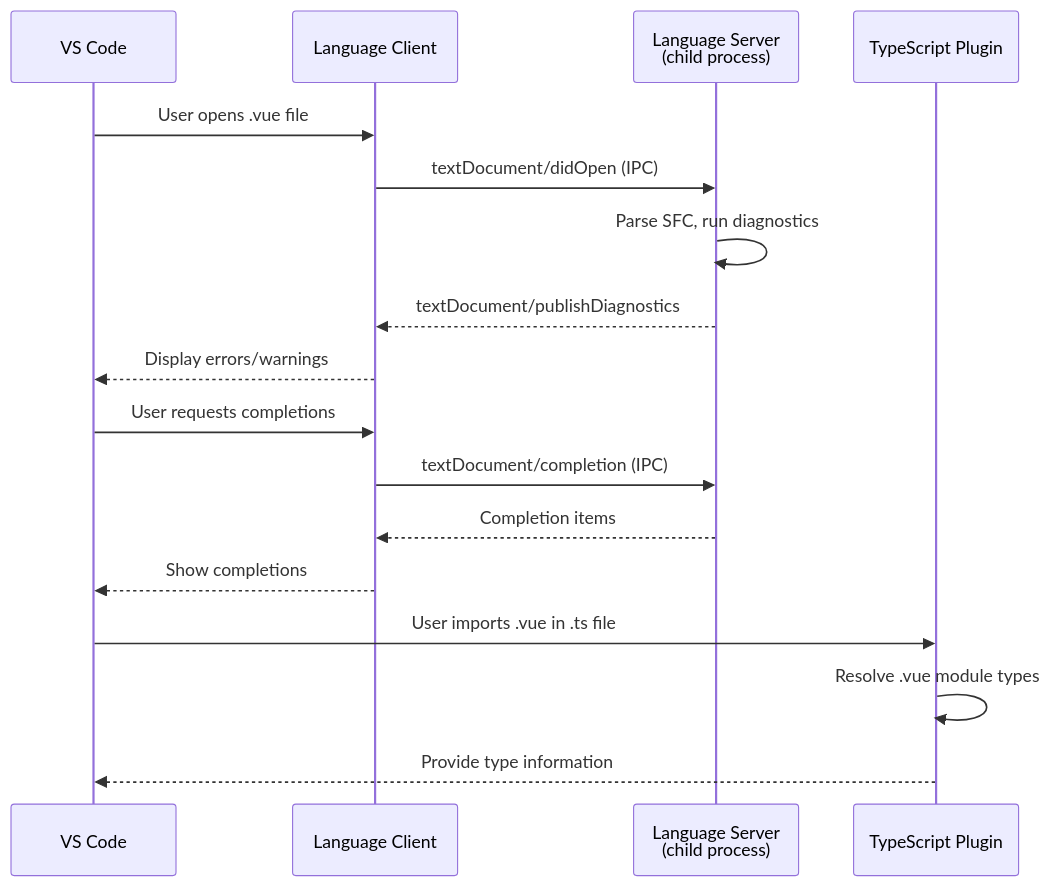
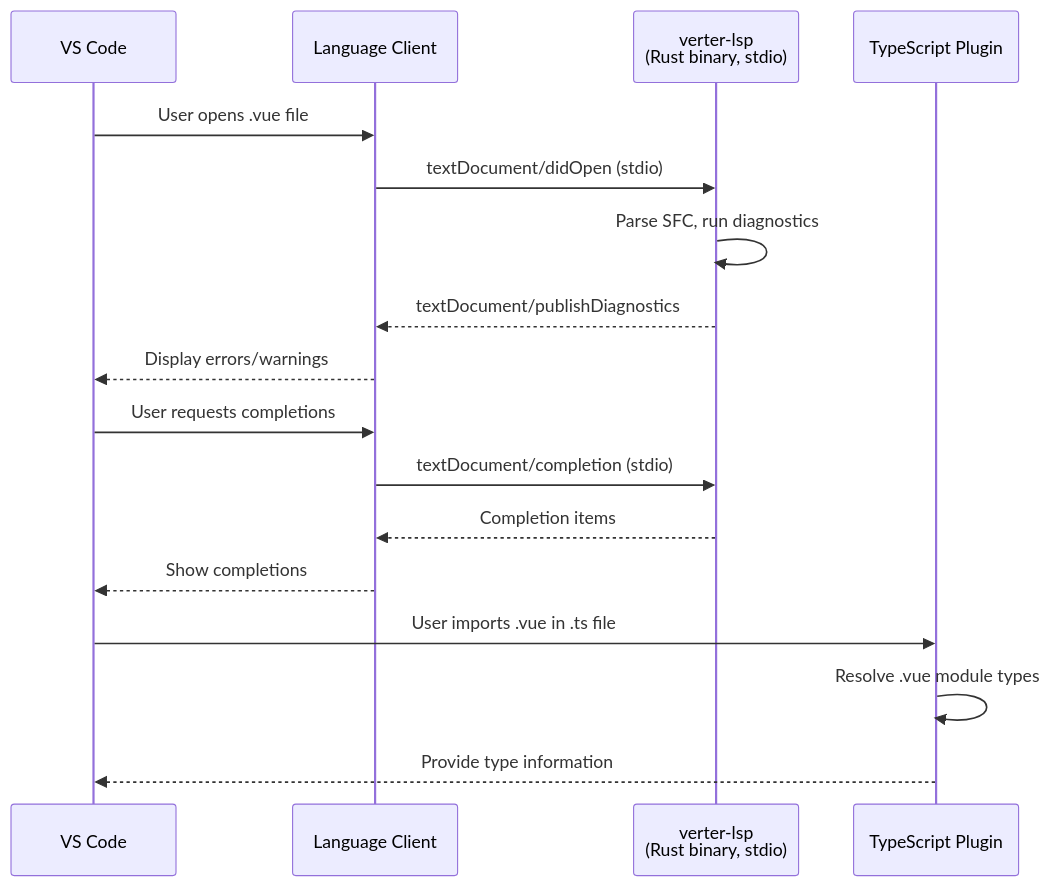
Before and after one commit to pikax/verter: the third of 3 diagrams in packages/vue-vscode/readme.md, drawn with Mermaid. The commit also changed other lines of this file and 569 other files, not shown here.

````diff
--- a/packages/vue-vscode/readme.md
+++ b/packages/vue-vscode/readme.md
@@ -101,22 +101,22 @@
 ```mermaid
 sequenceDiagram
     participant VSCode as VS Code
     participant Client as Language Client
-    participant Server as Language Server<br/>(child process)
+    participant Server as verter-lsp<br/>(Rust binary, stdio)
     participant TS as TypeScript Plugin
 
     VSCode->>Client: User opens .vue file
-    Client->>Server: textDocument/didOpen (IPC)
+    Client->>Server: textDocument/didOpen (stdio)
     Server->>Server: Parse SFC, run diagnostics
     Server-->>Client: textDocument/publishDiagnostics
     Client-->>VSCode: Display errors/warnings
 
     VSCode->>Client: User requests completions
-    Client->>Server: textDocument/completion (IPC)
+    Client->>Server: textDocument/completion (stdio)
     Server-->>Client: Completion items
     Client-->>VSCode: Show completions
 
     VSCode->>TS: User imports .vue in .ts file
     TS->>TS: Resolve .vue module types
     TS-->>VSCode: Provide type information
 ```
````
